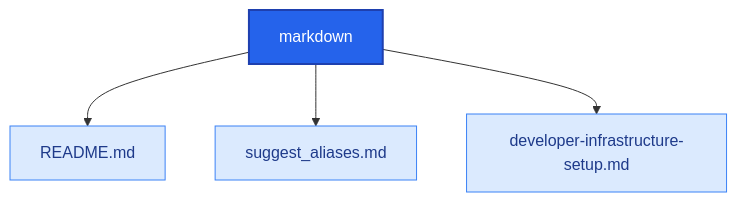
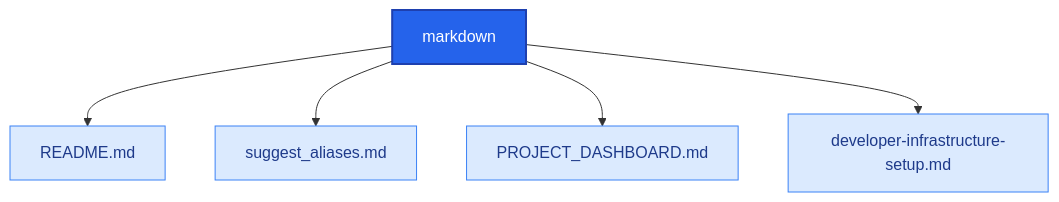
Before and after one commit to Richie086/scripts-public: the diagram in markdown/README.md, drawn with Mermaid. The commit also changed 8 other files, not shown here.

Commit message:
Add automated project status dashboard script and markdown/html generators

````diff
--- a/markdown/README.md
+++ b/markdown/README.md
@@ -11,9 +11,10 @@
 ```mermaid
 graph TD
 	root["markdown"]:::root --> n1["README.md"]:::file-md
 	root["markdown"]:::root --> n2["suggest_aliases.md"]:::file-md
-	root["markdown"]:::root --> n3["developer-infrastructure-setup.md"]:::file-md
+	root["markdown"]:::root --> n3["PROJECT_DASHBOARD.md"]:::file-md
+	root["markdown"]:::root --> n4["developer-infrastructure-setup.md"]:::file-md
 classDef root fill:#2563eb,stroke:#1e40af,stroke-width:2px,color:#ffffff;
 classDef folder fill:#fbbf24,stroke:#d97706,stroke-width:1px,color:#451a03;
 classDef file-md fill:#dbeafe,stroke:#3b82f6,stroke-width:1px,color:#1e3a8a;
 ```
````
